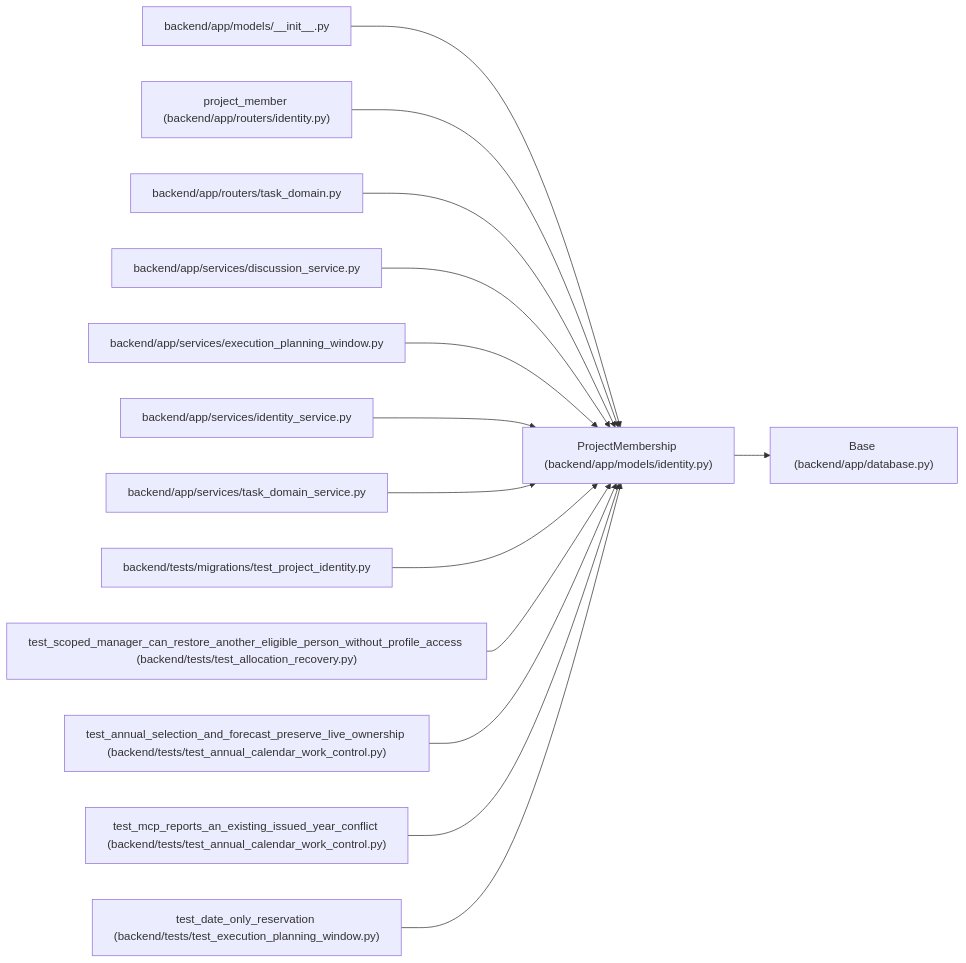
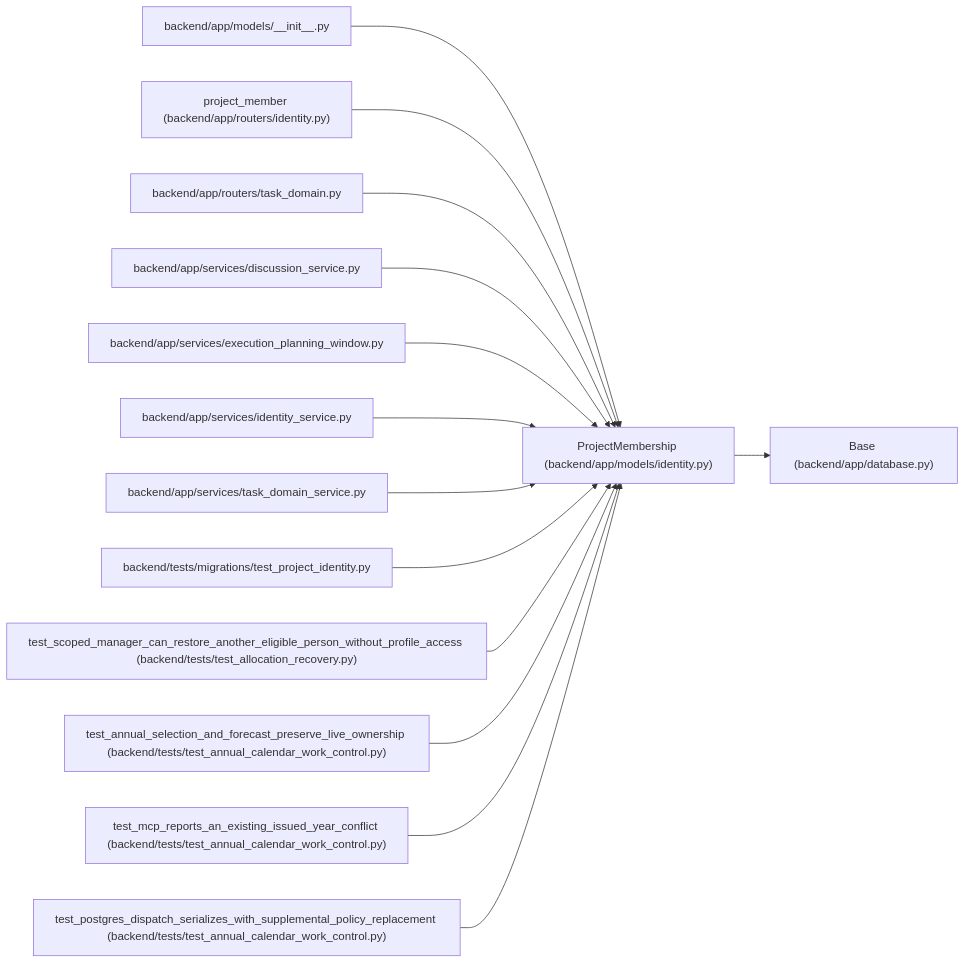
Before and after one commit to Denissvgn/WorkChord: the diagram in docs/llm_wiki/entities/ProjectMembership.md, drawn with Mermaid. The commit also changed other lines of this file and 557 other files, not shown here.

````diff
--- a/docs/llm_wiki/entities/ProjectMembership.md
+++ b/docs/llm_wiki/entities/ProjectMembership.md
@@ -28,44 +28,44 @@
 ```mermaid
 flowchart LR
     n0["ProjectMembership (backend/app/models/identity.py)"]
     n1["Base (backend/app/database.py)"]
     n2["backend/app/models/__init__.py"]
     n3["project_member (backend/app/routers/identity.py)"]
     n4["backend/app/routers/task_domain.py"]
     n5["backend/app/services/discussion_service.py"]
     n6["backend/app/services/execution_planning_window.py"]
     n7["backend/app/services/identity_service.py"]
     n8["backend/app/services/task_domain_service.py"]
     n9["backend/tests/migrations/test_project_identity.py"]
     n10["test_scoped_manager_can_restore_another_eligible_person_without_profile_access (backend/tests/test_allocation_recovery.py)"]
     n11["test_annual_selection_and_forecast_preserve_live_ownership (backend/tests/test_annual_calendar_work_control.py)"]
     n12["test_mcp_reports_an_existing_issued_year_conflict (backend/tests/test_annual_calendar_work_control.py)"]
-    n13["test_date_only_reservation (backend/tests/test_execution_planning_window.py)"]
+    n13["test_postgres_dispatch_serializes_with_supplemental_policy_replacement (backend/tests/test_annual_calendar_work_control.py)"]
     n0 --> n1
     n2 --> n0
     n3 --> n0
     n4 --> n0
     n5 --> n0
     n6 --> n0
     n7 --> n0
     n8 --> n0
     n9 --> n0
     n10 --> n0
     n11 --> n0
     n12 --> n0
     n13 --> n0
     click n0 "../modules/models_identity.md"
     click n1 "../modules/app_database.md"
     click n2 "../modules/models___init__.md"
     click n3 "../modules/routers_identity.md"
     click n4 "../modules/routers_task_domain.md"
     click n5 "../modules/discussion_service.md"
     click n6 "../modules/execution_planning_window.md"
     click n7 "../modules/identity_service.md"
     click n8 "../modules/task_domain_service.md"
     click n9 "../modules/test_project_identity.md"
     click n10 "../modules/test_allocation_recovery.md"
     click n11 "../modules/test_annual_calendar_work_control.md"
     click n12 "../modules/test_annual_calendar_work_control.md"
-    click n13 "../modules/test_execution_planning_window.md"
+    click n13 "../modules/test_annual_calendar_work_control.md"
 ```
````
